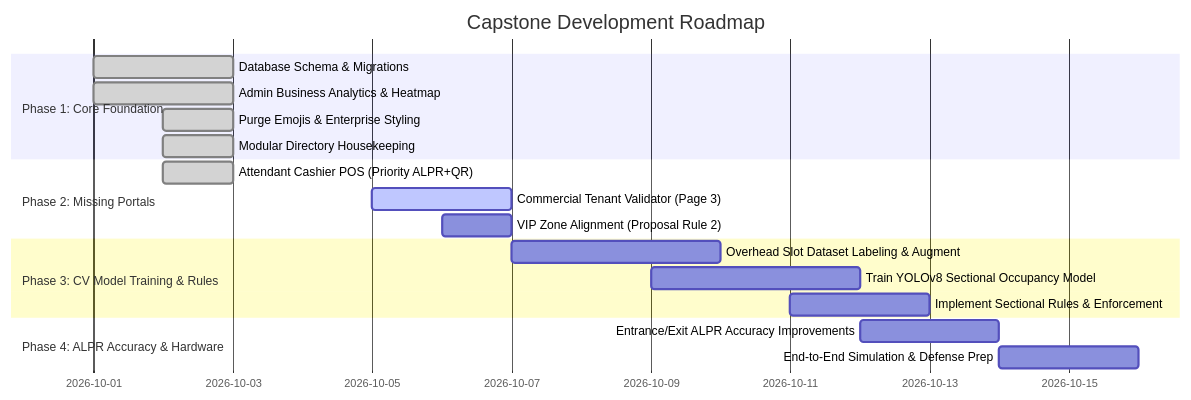
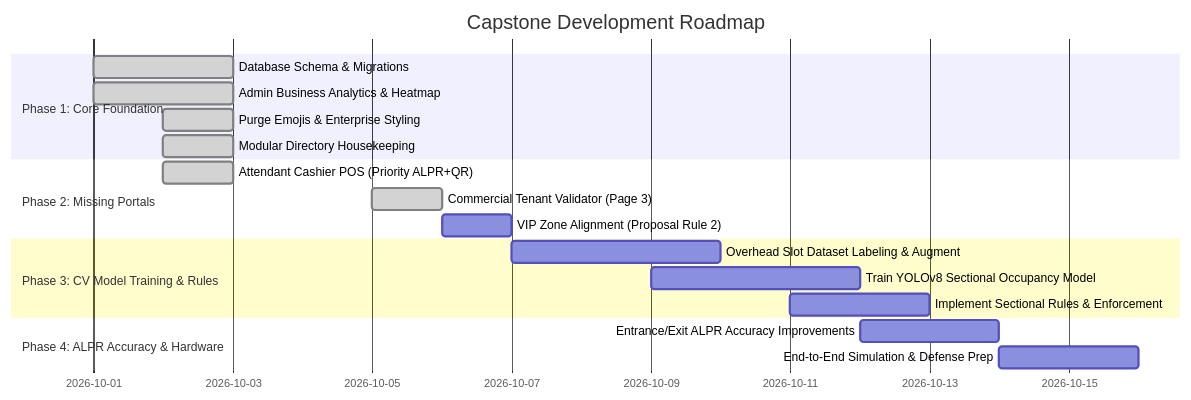
Before and after one commit to rolenr/CAPSTONE: the diagram in PROJECT_TRACKER.md, drawn with Mermaid. The commit also changed other lines of this file and 7 other files, not shown here.

Commit message:
feat: implement Commercial Tenant Validation Portal (frontend/vendor.html) and backend API suite

````diff
--- a/PROJECT_TRACKER.md
+++ b/PROJECT_TRACKER.md
@@ -169,21 +187,21 @@
 ```mermaid
 gantt
     title Capstone Development Roadmap
     dateFormat  YYYY-MM-DD
     section Phase 1: Core Foundation
     Database Schema & Migrations             :done, p1, 2026-10-01, 2d
     Admin Business Analytics & Heatmap       :done, p2, 2026-10-01, 2d
     Purge Emojis & Enterprise Styling        :done, p3, 2026-10-02, 1d
     Modular Directory Housekeeping           :done, p4, 2026-10-02, 1d
     section Phase 2: Missing Portals
     Attendant Cashier POS (Priority ALPR+QR) :done, p5, 2026-10-02, 1d
-    Commercial Tenant Validator (Page 3)     :active, p6, 2026-10-05, 2d
+    Commercial Tenant Validator (Page 3)     :done, p6, 2026-10-05, 1d
     VIP Zone Alignment (Proposal Rule 2)     :p7, 2026-10-06, 1d
     section Phase 3: CV Model Training & Rules
     Overhead Slot Dataset Labeling & Augment :p8, 2026-10-07, 3d
     Train YOLOv8 Sectional Occupancy Model   :p9, 2026-10-09, 3d
     Implement Sectional Rules & Enforcement  :p10, 2026-10-11, 2d
     section Phase 4: ALPR Accuracy & Hardware
     Entrance/Exit ALPR Accuracy Improvements :p11, 2026-10-12, 2d
     End-to-End Simulation & Defense Prep     :p12, 2026-10-14, 2d
 ```
````
